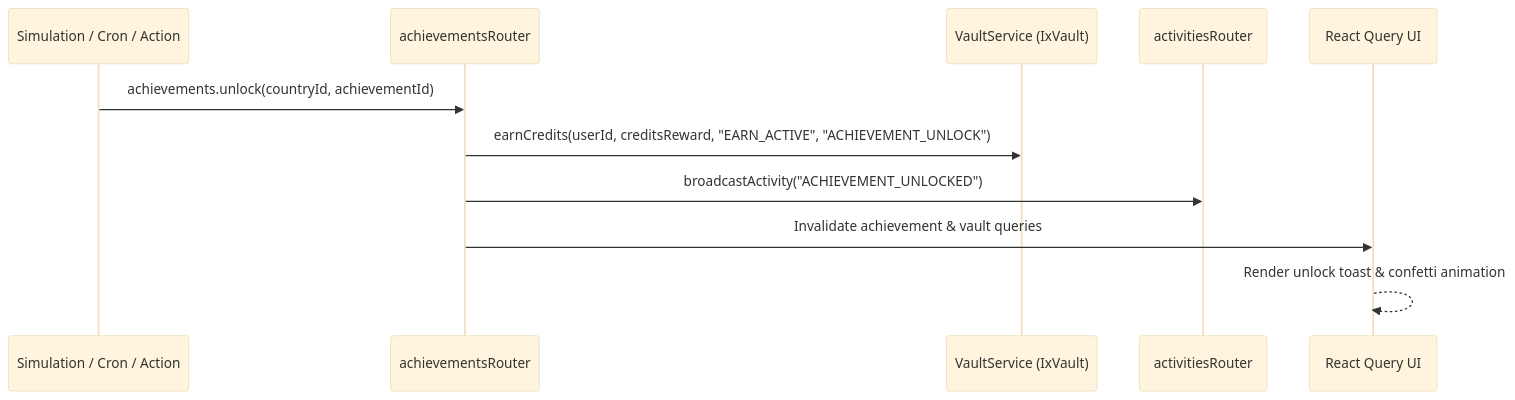
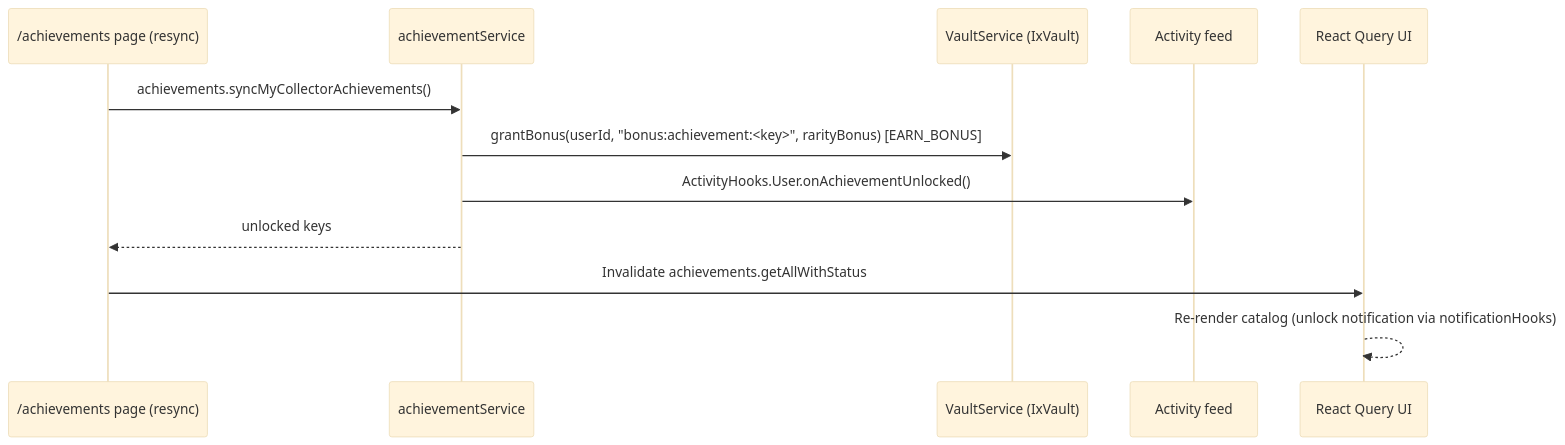
Before and after one commit to algolds/ixstats: the diagram in docs/systems/achievements.md, drawn with Mermaid (base theme). The commit also changed other lines of this file and 69 other files, not shown here.

````diff
--- a/docs/systems/achievements.md
+++ b/docs/systems/achievements.md
@@ -45,14 +44,15 @@
 ```mermaid
 sequenceDiagram
-    participant Engine as Simulation / Cron / Action
-    participant Router as achievementsRouter
+    participant Engine as /achievements page (resync)
+    participant Router as achievementService
     participant Vault as VaultService (IxVault)
-    participant Feed as activitiesRouter
+    participant Feed as Activity feed
     participant Client as React Query UI
 
-    Engine->>Router: achievements.unlock(countryId, achievementId)
-    Router->>Vault: earnCredits(userId, creditsReward, "EARN_ACTIVE", "ACHIEVEMENT_UNLOCK")
-    Router->>Feed: broadcastActivity("ACHIEVEMENT_UNLOCKED")
-    Router->>Client: Invalidate achievement & vault queries
-    Client-->>Client: Render unlock toast & confetti animation
+    Engine->>Router: achievements.syncMyCollectorAchievements()
+    Router->>Vault: grantBonus(userId, "bonus:achievement:<key>", rarityBonus) [EARN_BONUS]
+    Router->>Feed: ActivityHooks.User.onAchievementUnlocked()
+    Router-->>Engine: unlocked keys
+    Engine->>Client: Invalidate achievements.getAllWithStatus
+    Client-->>Client: Re-render catalog (unlock notification via notificationHooks)
 ```
````
